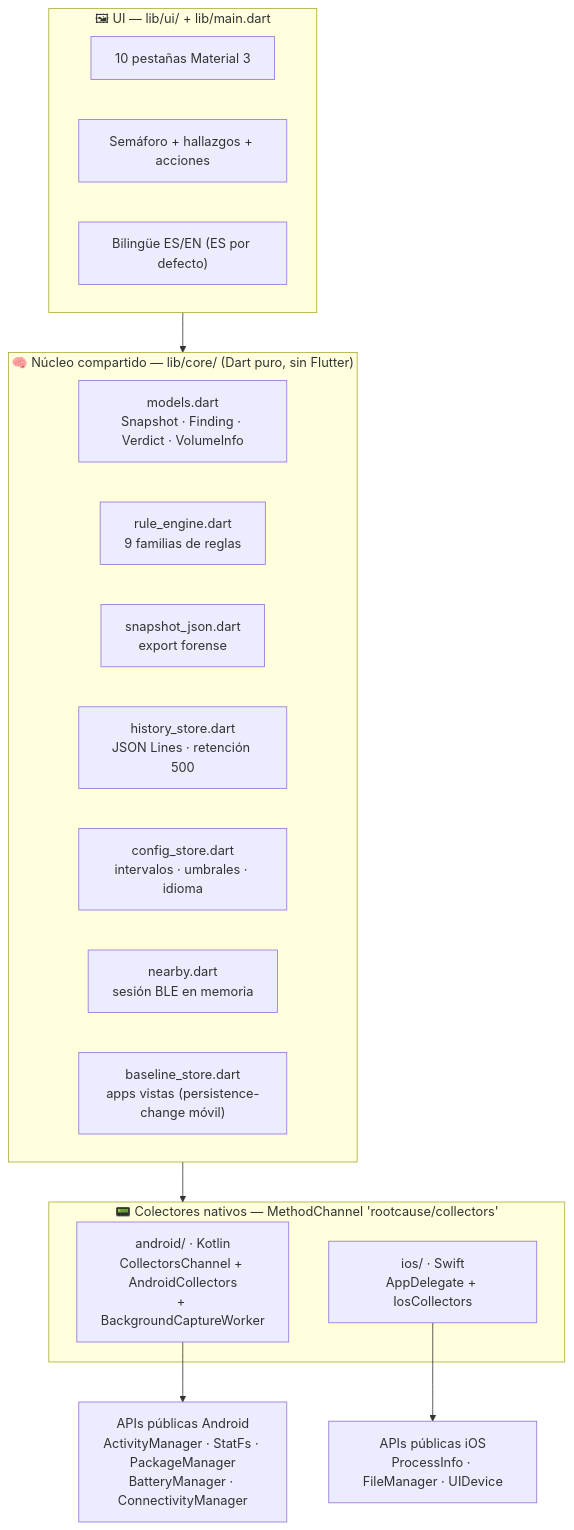
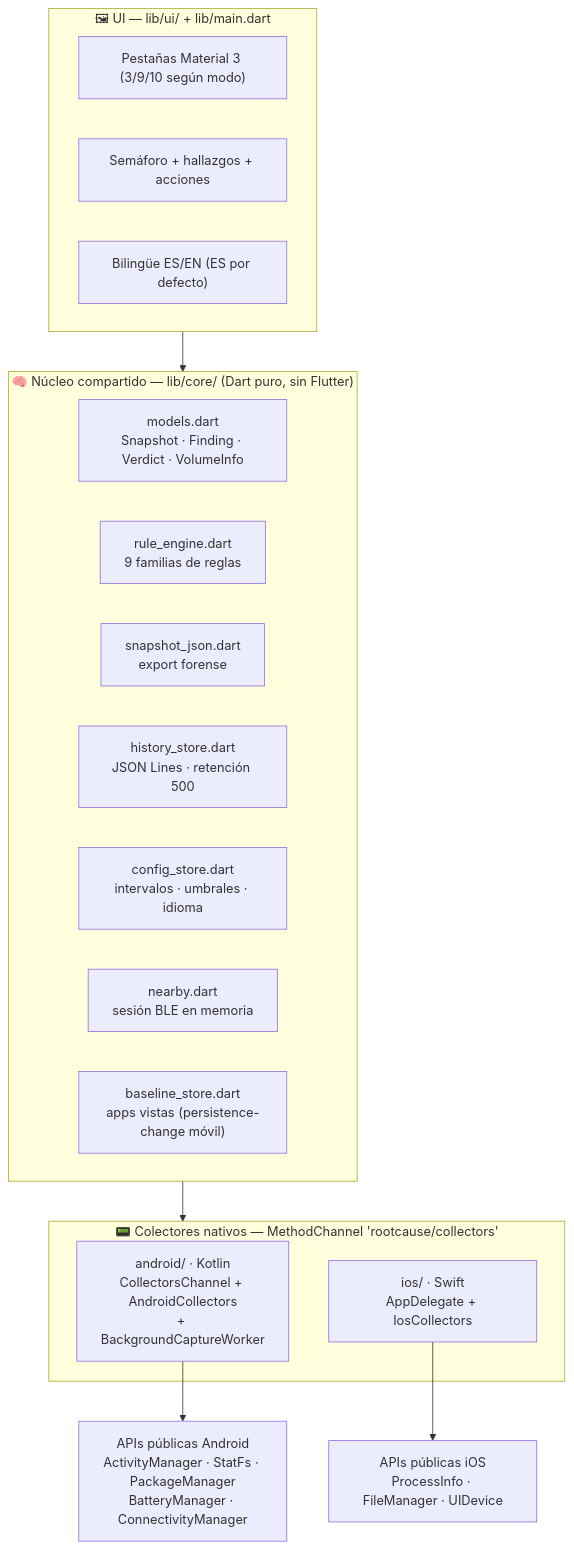
The first of 2 diagrams in docs/ARCHITECTURE.md (vladimiracunadev-create/rootcause-mobile-inspector), drawn with Mermaid before and after one commit. The commit also changed other lines of this file and 19 other files, not shown here.

````diff
--- a/docs/ARCHITECTURE.md
+++ b/docs/ARCHITECTURE.md
@@ -7,28 +7,28 @@
 ```mermaid
 flowchart TB
     subgraph UI["🖼 UI — lib/ui/ + lib/main.dart"]
-        TABS["10 pestañas Material 3"]
+        TABS["Pestañas Material 3 (3/9/10 según modo)"]
         SEM["Semáforo + hallazgos + acciones"]
         I18N["Bilingüe ES/EN (ES por defecto)"]
     end
 
     subgraph CORE["🧠 Núcleo compartido — lib/core/ (Dart puro, sin Flutter)"]
         MODELS["models.dart<br/>Snapshot · Finding · Verdict · VolumeInfo"]
         ENGINE["rule_engine.dart<br/>9 familias de reglas"]
         JSON["snapshot_json.dart<br/>export forense"]
         HIST["history_store.dart<br/>JSON Lines · retención 500"]
         CFG["config_store.dart<br/>intervalos · umbrales · idioma"]
         NEAR["nearby.dart<br/>sesión BLE en memoria"]
         BASE["baseline_store.dart<br/>apps vistas (persistence-change móvil)"]
     end
 
     subgraph NATIVE["📟 Colectores nativos — MethodChannel 'rootcause/collectors'"]
         KT["android/ · Kotlin<br/>CollectorsChannel + AndroidCollectors<br/>+ BackgroundCaptureWorker"]
         SW["ios/ · Swift<br/>AppDelegate + IosCollectors"]
     end
 
     UI --> CORE
     CORE --> NATIVE
     KT --> API_A["APIs públicas Android<br/>ActivityManager · StatFs · PackageManager<br/>BatteryManager · ConnectivityManager"]
     SW --> API_I["APIs públicas iOS<br/>ProcessInfo · FileManager · UIDevice"]
 ```
````
